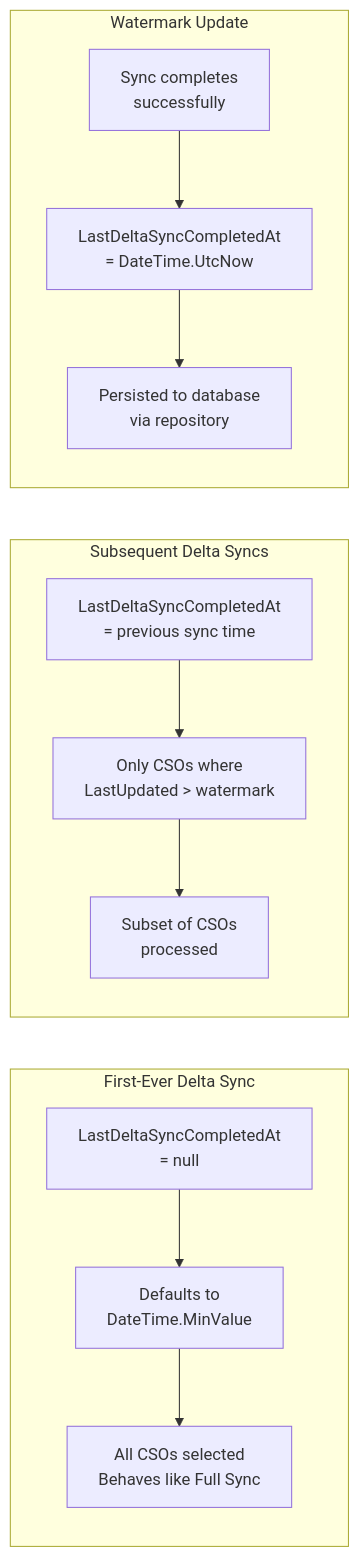
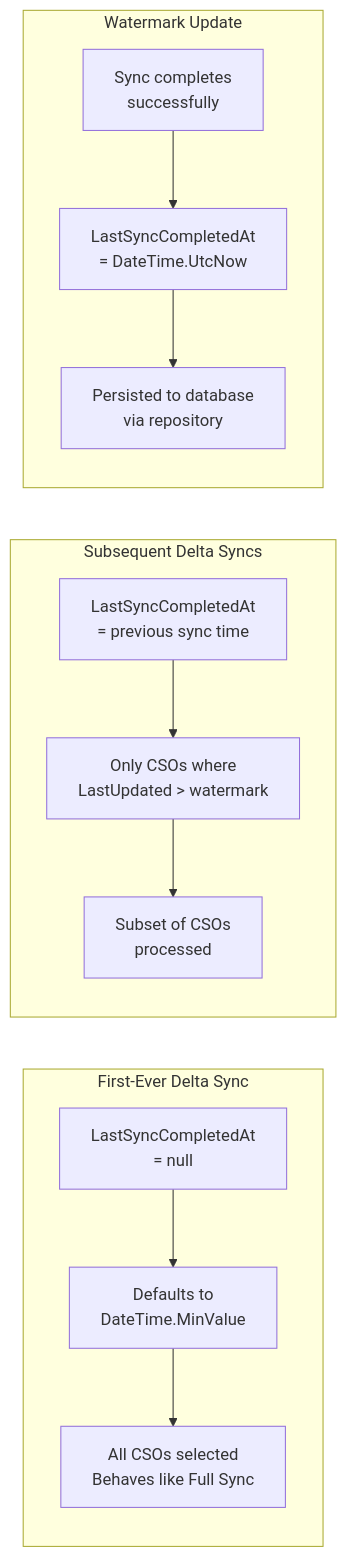
The second of 3 diagrams in docs/diagrams/mermaid/DELTA_SYNC_FLOW.md (TetronIO/JIM), drawn with Mermaid before and after one commit. The commit also changed other lines of this file and 20 other files, not shown here.

First line of the commit message:
perf: selective attribute loading for unchanged CSOs during full sync

````diff
--- a/docs/diagrams/mermaid/DELTA_SYNC_FLOW.md
+++ b/docs/diagrams/mermaid/DELTA_SYNC_FLOW.md
@@ -53,17 +53,17 @@
 ```mermaid
 flowchart LR
     subgraph "First-Ever Delta Sync"
-        NullWatermark[LastDeltaSyncCompletedAt<br/>= null] --> DefaultMin[Defaults to<br/>DateTime.MinValue]
+        NullWatermark[LastSyncCompletedAt<br/>= null] --> DefaultMin[Defaults to<br/>DateTime.MinValue]
         DefaultMin --> AllCSOs[All CSOs selected<br/>Behaves like Full Sync]
     end
 
     subgraph "Subsequent Delta Syncs"
-        PrevWatermark[LastDeltaSyncCompletedAt<br/>= previous sync time] --> FilterCSOs[Only CSOs where<br/>LastUpdated > watermark]
+        PrevWatermark[LastSyncCompletedAt<br/>= previous sync time] --> FilterCSOs[Only CSOs where<br/>LastUpdated > watermark]
         FilterCSOs --> SubsetCSOs[Subset of CSOs<br/>processed]
     end
 
     subgraph "Watermark Update"
-        SyncCompletes[Sync completes<br/>successfully] --> SetWatermark[LastDeltaSyncCompletedAt<br/>= DateTime.UtcNow]
+        SyncCompletes[Sync completes<br/>successfully] --> SetWatermark[LastSyncCompletedAt<br/>= DateTime.UtcNow]
         SetWatermark --> Persisted[Persisted to database<br/>via repository]
     end
 ```
````
